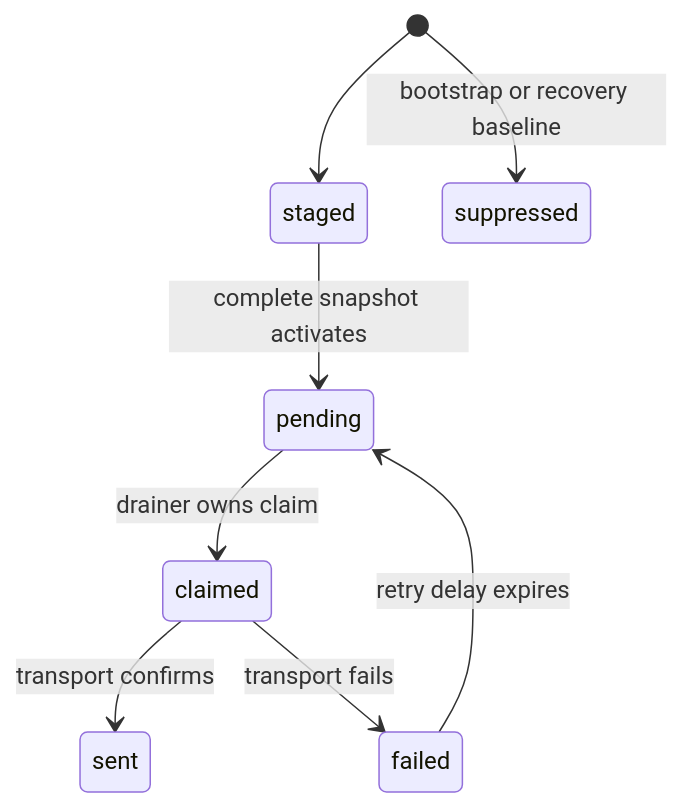
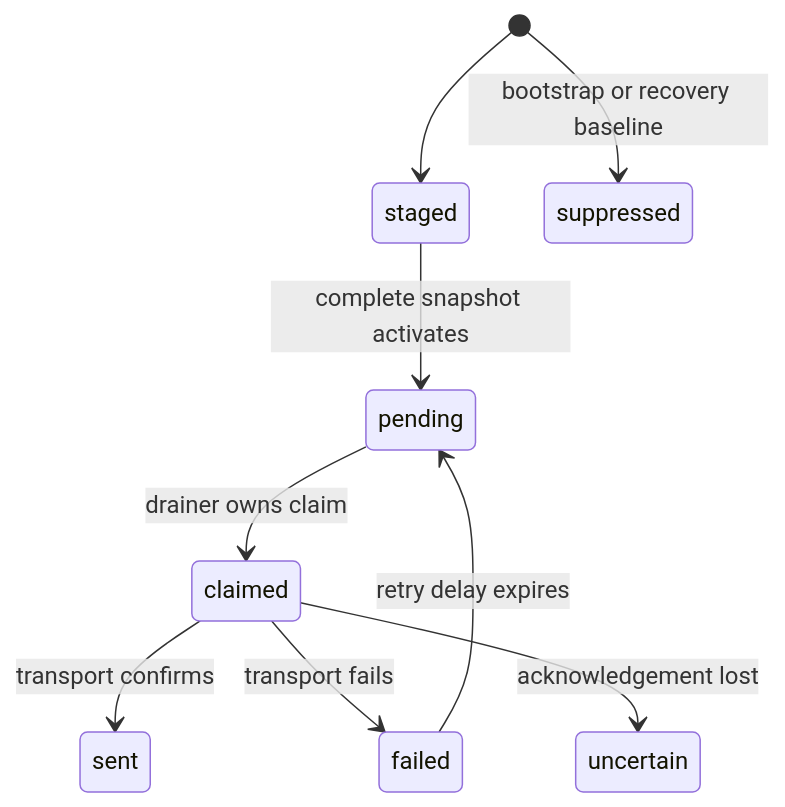
One commit to hwennnn/radar changed the fifth of 6 diagrams in docs/architecture.md. Above: the diagram before and after it, drawn with Mermaid. The commit also changed other lines of this file and 23 other files, not shown here.

````diff
--- a/docs/architecture.md
+++ b/docs/architecture.md
@@ -265,10 +265,11 @@
 ```mermaid
 stateDiagram-v2
     [*] --> staged
     staged --> pending: complete snapshot activates
     pending --> claimed: drainer owns claim
     claimed --> sent: transport confirms
     claimed --> failed: transport fails
+    claimed --> uncertain: acknowledgement lost
     failed --> pending: retry delay expires
     [*] --> suppressed: bootstrap or recovery baseline
 ```
````
